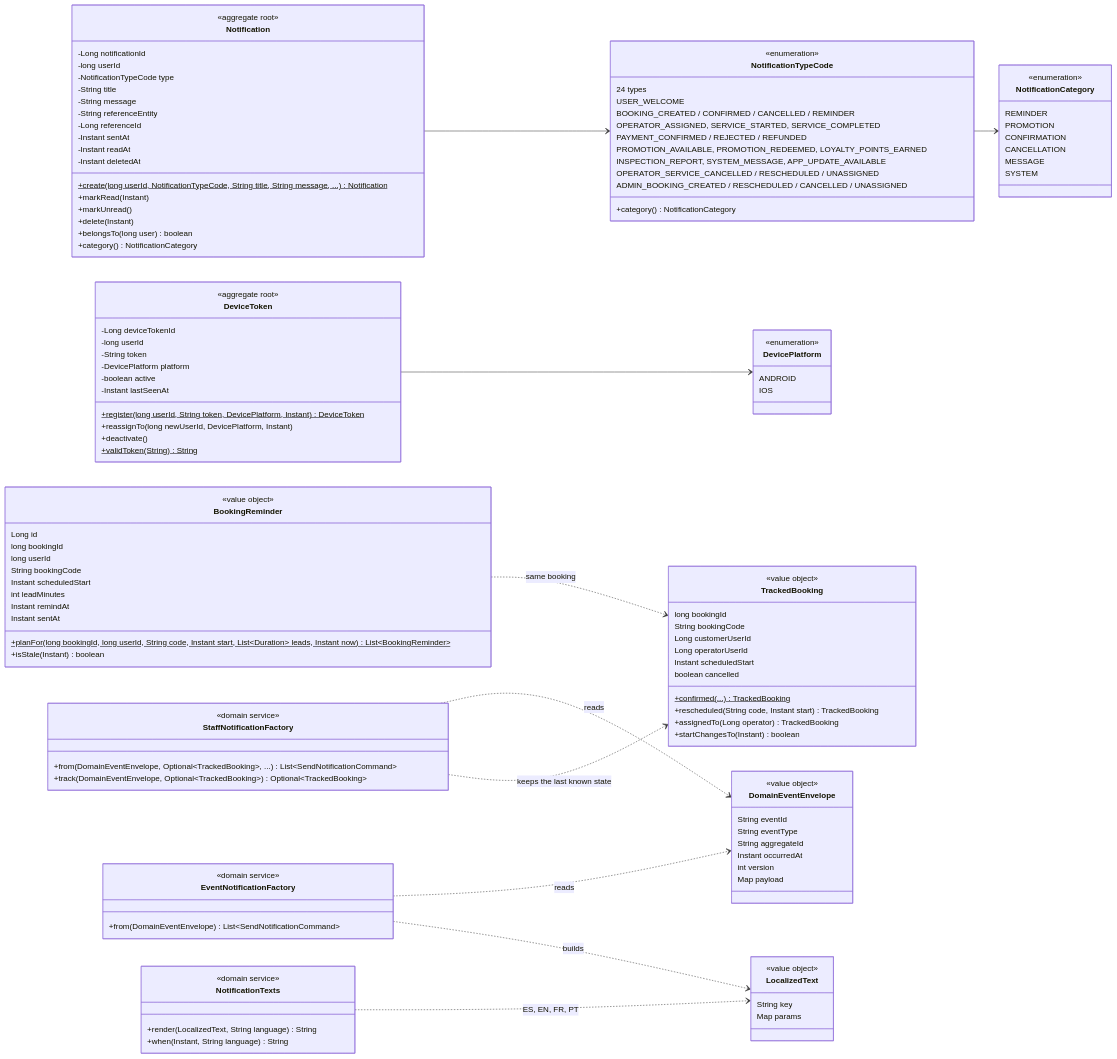
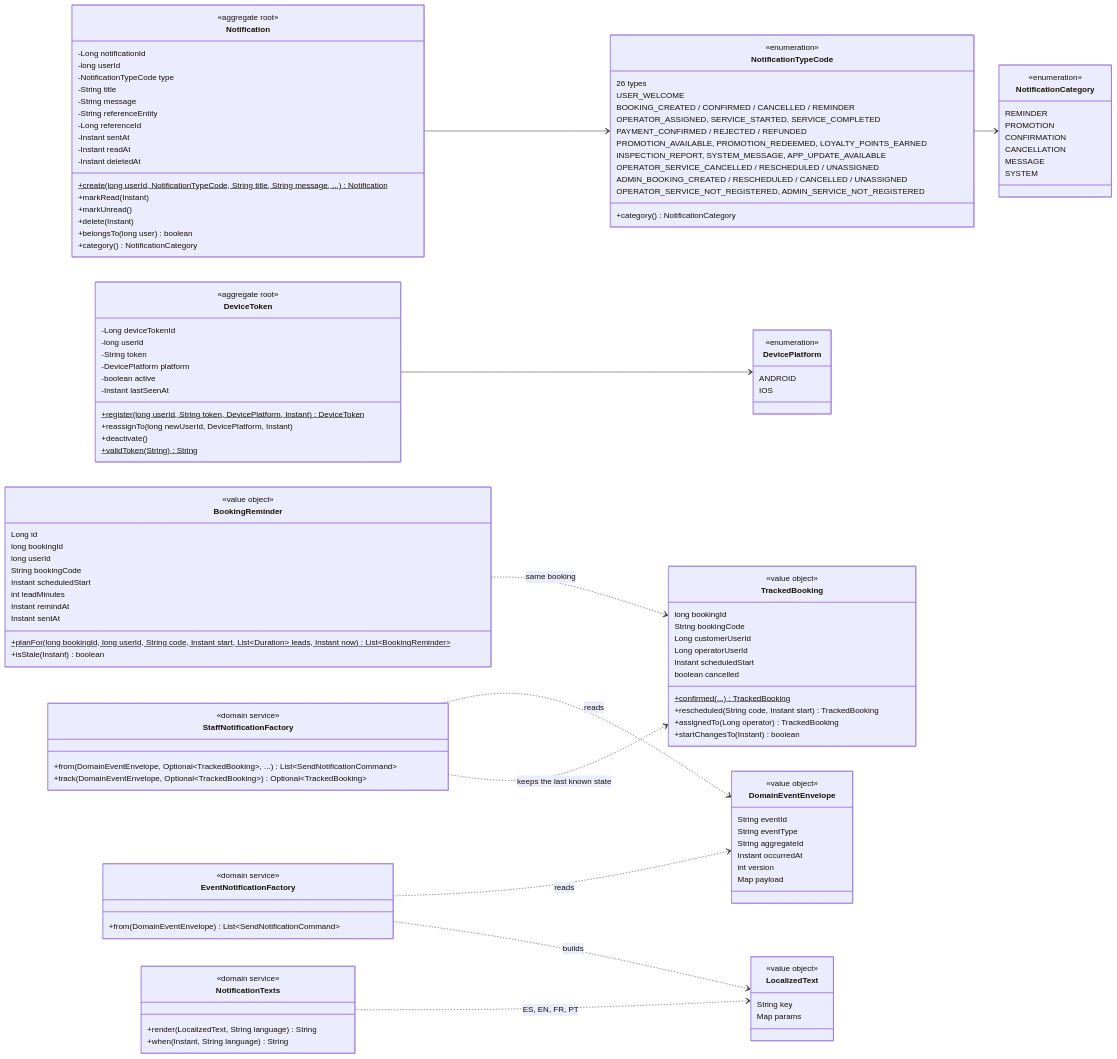
The diagram in 08-uml/diagrams/source/class-notification.md (code-sena/vehicle-w-docs), drawn with Mermaid before and after one commit. The commit also changed 8 other files, not shown here.

First line of the commit message:
docs(uml): align the C4 and UML diagrams with the real events, the internal key on operator routes, the notes and the backups

```diff
--- a/08-uml/diagrams/source/class-notification.md
+++ b/08-uml/diagrams/source/class-notification.md
@@ -27,7 +27,7 @@
     }
     class NotificationTypeCode {
         <<enumeration>>
-        24 types
+        26 types
         USER_WELCOME
         BOOKING_CREATED / CONFIRMED / CANCELLED / REMINDER
         OPERATOR_ASSIGNED, SERVICE_STARTED, SERVICE_COMPLETED
@@ -36,6 +36,7 @@
         INSPECTION_REPORT, SYSTEM_MESSAGE, APP_UPDATE_AVAILABLE
         OPERATOR_SERVICE_CANCELLED / RESCHEDULED / UNASSIGNED
         ADMIN_BOOKING_CREATED / RESCHEDULED / CANCELLED / UNASSIGNED
+        OPERATOR_SERVICE_NOT_REGISTERED, ADMIN_SERVICE_NOT_REGISTERED
         +category() NotificationCategory
     }
     class NotificationCategory {
```
